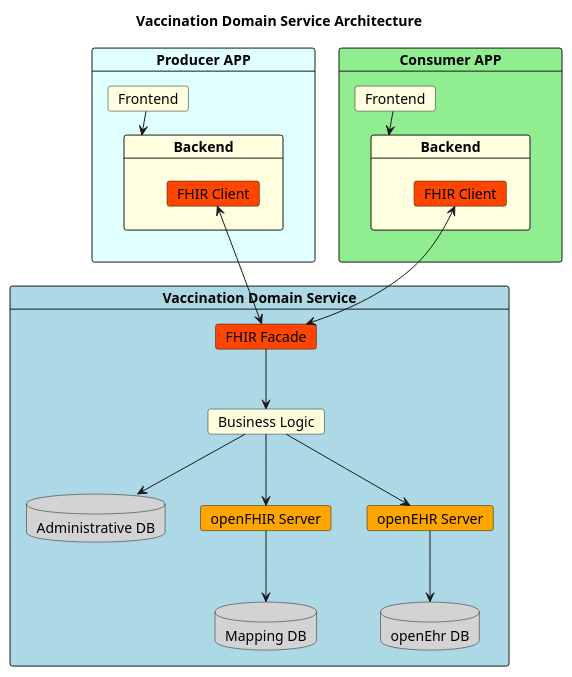
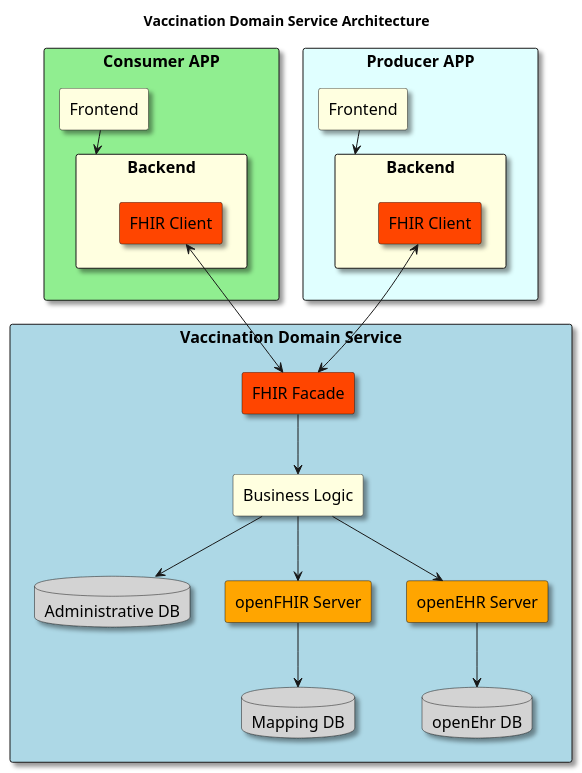
Before and after one commit to wg-hl7-openehr-ch/vaccination-domain-IG: the diagram in input/images-source/architecture.plantuml, drawn with PlantUML. The commit also changed 9 other files, not shown here.

```diff
--- a/input/images-source/architecture.plantuml
+++ b/input/images-source/architecture.plantuml
@@ -1,53 +1,61 @@
 @startuml
+skinparam shadowing true
+skinparam rectangle {
+  roundCorner 5
+}
+skinparam defaultFontSize 16
+
 title Vaccination Domain Service Architecture
 
-
-card "Producer APP" as PROD #LightCyan {
-    card "Frontend" as pfnt #LightYellow {
+together {
+  rectangle  "Producer APP" as PROD #LightCyan {
+     
+      rectangle "Frontend" as pfnt #LightYellow {  
+      }
+      rectangle "Backend" as pbck #LightYellow {
+        rectangle "FHIR Client" as fcltp #OrangeRed
+      }
+  }
+  rectangle "Consumer APP" as CONS #LightGreen {
+    rectangle "Frontend" as cfnt #LightYellow {
         
     }
-    card "Backend" as pbck #LightYellow {
-      card "FHIR Client" as fclt #OrangeRed
-    }
-    
-}
-
-card "Consumer APP" as CONS #LightGreen {
-    card "Frontend" as cfnt #LightYellow {
-        
-    }
-    card "Backend" as cbck #LightYellow {
-    card "FHIR Client" as fcltp #OrangeRed {
+    rectangle "Backend" as cbck #LightYellow {
+    rectangle "FHIR Client" as fcltc #OrangeRed {
     }
     }
-}
+  }
 
-card "Vaccination Domain Service" as Server #LightBlue {
-    card "FHIR Facade" as fapi #OrangeRed
+  rectangle "Vaccination Domain Service" as Server #LightBlue {
+    together {
+    rectangle "FHIR Facade" as fapi #OrangeRed
 
-    card "Business Logic" as blogic #LightYellow
+    rectangle "Business Logic" as blogic #LightYellow
 
     database "Administrative DB" as vdb #LightGray
 
-    card "openFHIR Server" as ofhir #Orange
+    rectangle "openFHIR Server" as ofhir #Orange
     database "Mapping DB" as mdb #LightGray
 
-    card "openEHR Server" as ehr #Orange
+    rectangle "openEHR Server" as ehr #Orange
     database "openEhr DB" as ehrdb #LightGray
+    }
+  }
+
 }
 
 pfnt --> pbck
 cfnt --> cbck
 
-fclt <--> fapi
+fcltc <--> fapi
 fcltp <--> fapi
 
 fapi --> blogic
 blogic --> vdb
 ofhir --> mdb
 blogic --> ehr
 blogic --> ofhir
 ehr --> ehrdb
 
 
 @enduml
```
